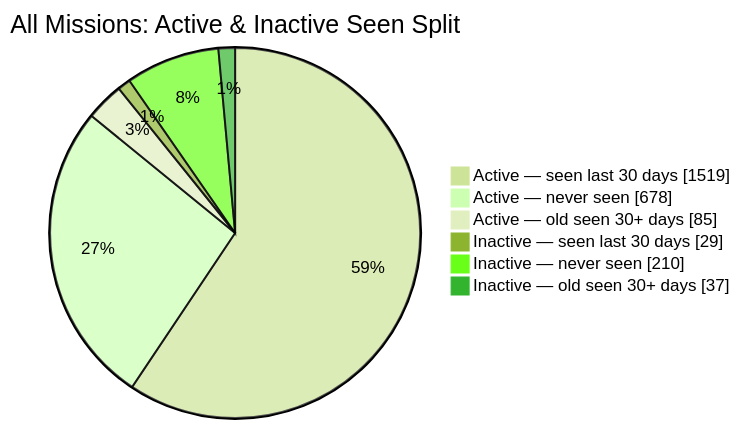
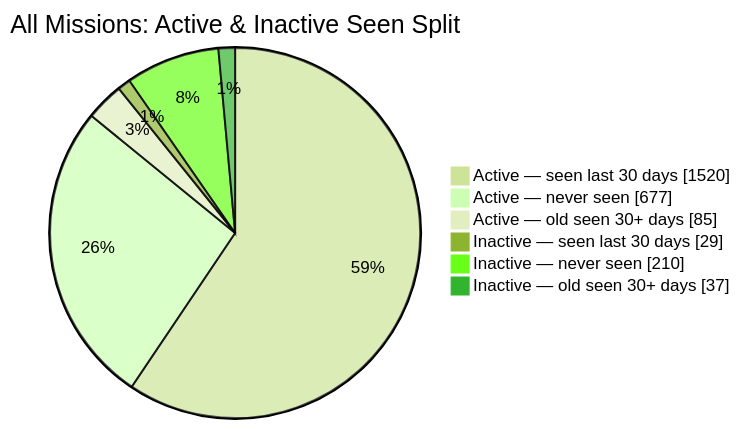
Before and after one commit to MeldkamerspelGameTeam/active-missions: the second of 2 diagrams in README.md, drawn with Mermaid (forest theme). The commit also changed other lines of this file and 2 other files, not shown here.

````diff
--- a/README.md
+++ b/README.md
@@ -44,10 +44,10 @@
 ```mermaid
 pie showData
     title All Missions: Active & Inactive Seen Split
-    "Active — seen last 30 days" : 1519
-    "Active — never seen" : 678
+    "Active — seen last 30 days" : 1520
+    "Active — never seen" : 677
     "Active — old seen 30+ days" : 85
     "Inactive — seen last 30 days" : 29
     "Inactive — never seen" : 210
     "Inactive — old seen 30+ days" : 37
 ```
````
